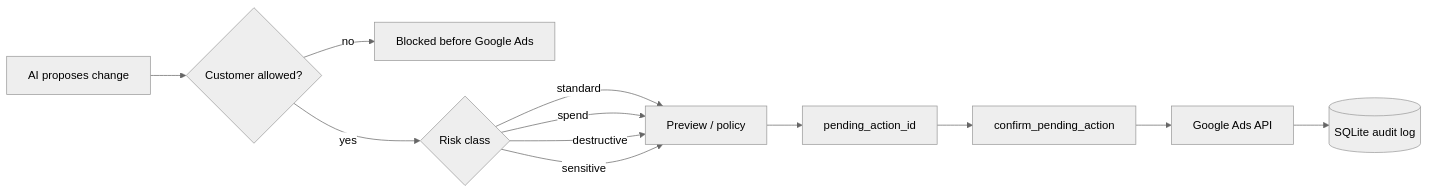
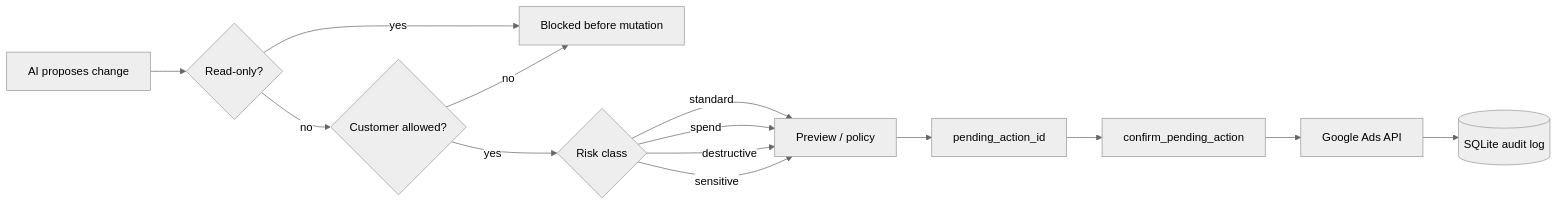
One commit to akelaonline/MCP-Google-Ads changed the diagram in README.md. Above: the diagram before and after it, drawn with Mermaid (neutral theme). The commit also changed other lines of this file, not shown here.

````diff
--- a/README.md
+++ b/README.md
@@ -119,14 +145,16 @@
 ```mermaid
 flowchart LR
-    A[AI proposes change] --> C{Customer allowed?}
-    C -- no --> X[Blocked before Google Ads]
+    A[AI proposes change] --> O{Read-only?}
+    O -- yes --> X[Blocked before mutation]
+    O -- no --> C{Customer allowed?}
+    C -- no --> X
     C -- yes --> R{Risk class}
     R -->|standard| P[Preview / policy]
     R -->|spend| P
     R -->|destructive| P
     R -->|sensitive| P
     P --> D[pending_action_id]
     D --> F[confirm_pending_action]
     F --> G[Google Ads API]
     G --> L[(SQLite audit log)]
 ```
````
